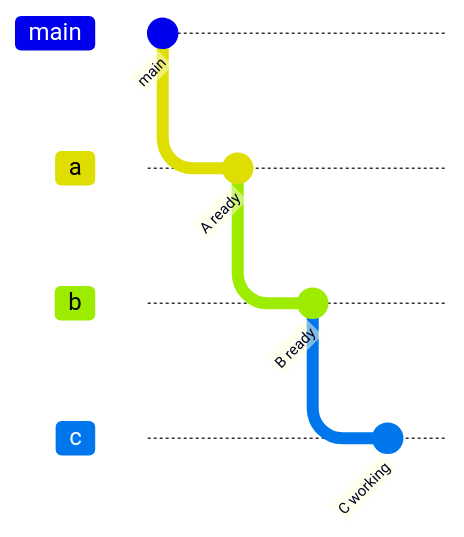
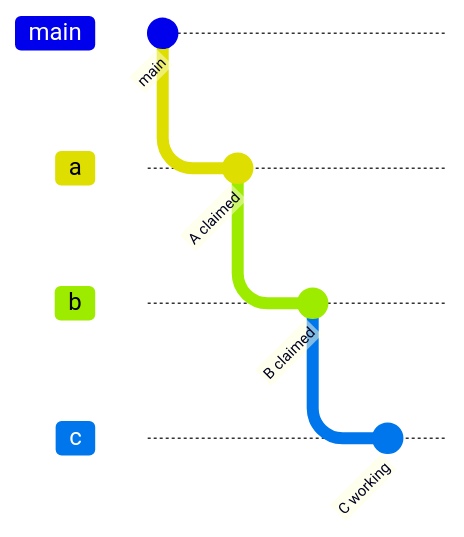
Before and after one commit to tampopogk/kanna: the first of 3 diagrams in docs/specs/stacked-tasks.md, drawn with Mermaid. The commit also changed other lines of this file and 17 other files, not shown here.

````diff
--- a/docs/specs/stacked-tasks.md
+++ b/docs/specs/stacked-tasks.md
@@ -32,13 +48,13 @@
 ```mermaid
 gitGraph
     commit id: "main"
     branch a
     checkout a
-    commit id: "A ready"
+    commit id: "A claimed"
     branch b
     checkout b
-    commit id: "B ready"
+    commit id: "B claimed"
     branch c
     checkout c
     commit id: "C working"
 ```
````
